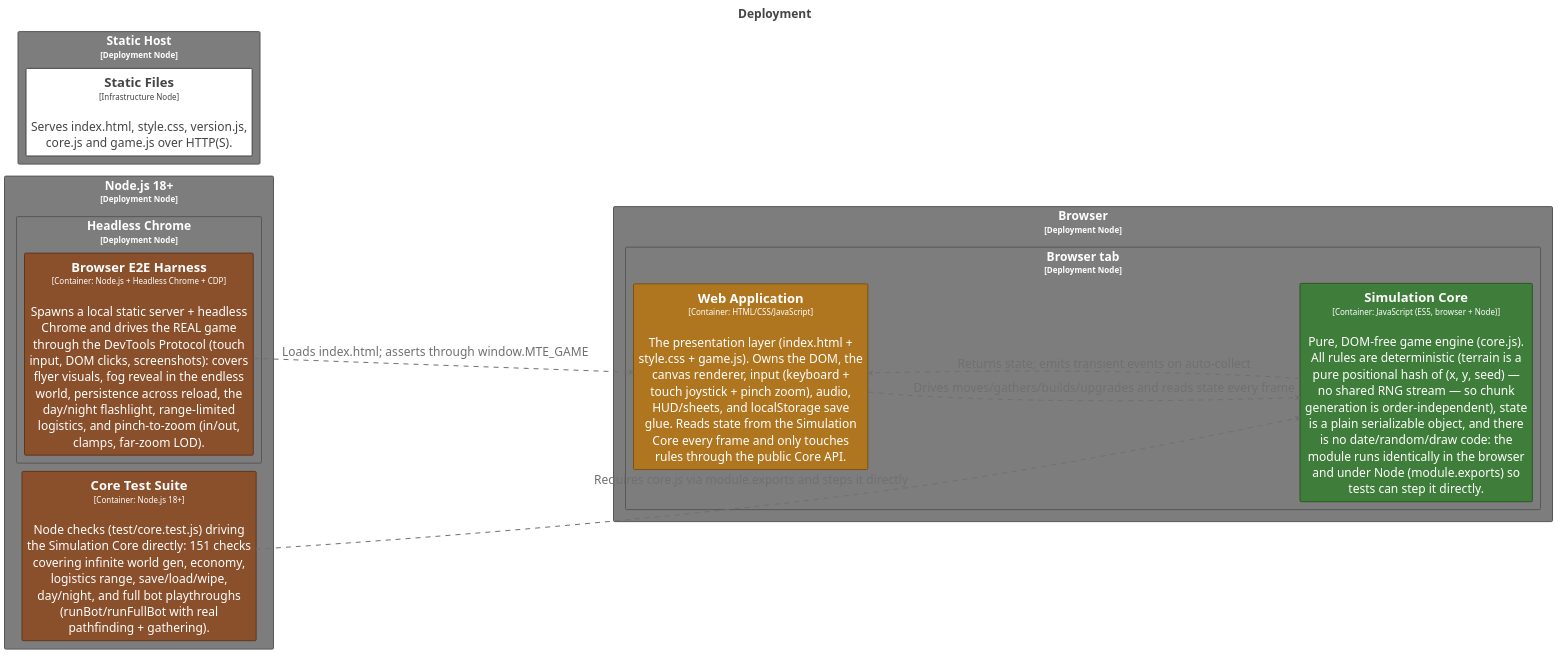
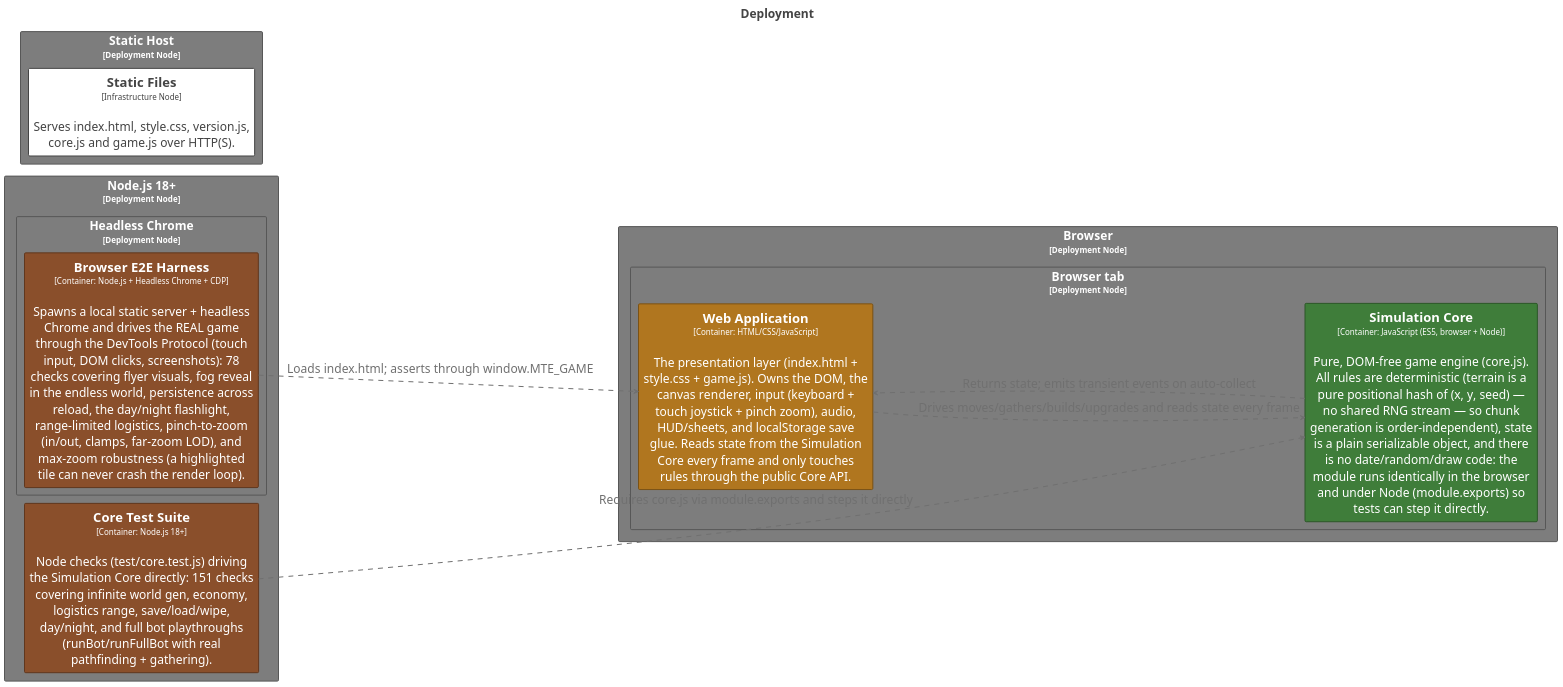
The diagram in structurizr/diagrams/Deployment.puml (bitkojine/more-than-enough), drawn with PlantUML before and after one commit. The commit also changed 9 other files, not shown here.

```diff
--- a/structurizr/diagrams/Deployment.puml
+++ b/structurizr/diagrams/Deployment.puml
@@ -2,110 +2,110 @@
 @startuml
 title <size:24>Deployment</size>
 
 set separator none
 left to right direction
 skinparam ranksep 20
 skinparam nodesep 5
 hide stereotype
 
 <style>
   root {
     BackgroundColor: #ffffff;
     FontColor: #444444;
   }
   // Element
   .Element-RWxlbWVudA== {
     BackgroundColor: #ffffff;
     LineColor: #444444;
     LineStyle: 0;
     LineThickness: 2;
     FontColor: #444444;
     FontSize: 24;
     HorizontalAlignment: center;
     Shadowing: 0;
     MaximumWidth: 450;
   }
   // Element,Container,Core Engine
   .Element-RWxlbWVudCxDb250YWluZXIsQ29yZSBFbmdpbmU= {
     BackgroundColor: #3f7d3a;
     LineColor: #2c5728;
     LineStyle: 0;
     LineThickness: 2;
     FontColor: #ffffff;
     FontSize: 24;
     HorizontalAlignment: center;
     Shadowing: 0;
     MaximumWidth: 450;
   }
   // Element,Container,Presentation
   .Element-RWxlbWVudCxDb250YWluZXIsUHJlc2VudGF0aW9u {
     BackgroundColor: #b0761f;
     LineColor: #7b5215;
     LineStyle: 0;
     LineThickness: 2;
     FontColor: #ffffff;
     FontSize: 24;
     HorizontalAlignment: center;
     Shadowing: 0;
     MaximumWidth: 450;
   }
   // Element,Container,Tooling,Test
   .Element-RWxlbWVudCxDb250YWluZXIsVG9vbGluZyxUZXN0 {
     BackgroundColor: #8a4f2b;
     LineColor: #60371e;
     LineStyle: 0;
     LineThickness: 2;
     FontColor: #ffffff;
     FontSize: 24;
     HorizontalAlignment: center;
     Shadowing: 0;
     MaximumWidth: 450;
   }
   // Relationship
   .Relationship-UmVsYXRpb25zaGlw {
     LineThickness: 2;
     LineStyle: 10-10;
     LineColor: #707070;
     FontColor: #707070;
     FontSize: 24;
     MaximumWidth: 200;
   }
   // Element,Deployment Node
   .DeploymentNode-RWxlbWVudCxEZXBsb3ltZW50IE5vZGU= {
     BackgroundColor: #7d7d7d;
     LineColor: #575757;
     LineStyle: 0;
     LineThickness: 2;
     FontColor: #ffffff;
     FontSize: 24;
     HorizontalAlignment: center;
     Shadowing: 0;
   }
 </style>
 
 rectangle "Browser\n<size:16>[Deployment Node]</size>" <<DeploymentNode-RWxlbWVudCxEZXBsb3ltZW50IE5vZGU=>> as LocalDevelopment.Browser {
   rectangle "Browser tab\n<size:16>[Deployment Node]</size>" <<DeploymentNode-RWxlbWVudCxEZXBsb3ltZW50IE5vZGU=>> as LocalDevelopment.Browser.Browsertab {
     rectangle "==Web Application\n<size:16>[Container: HTML/CSS/JavaScript]</size>\n\nThe presentation layer (index.html + style.css + game.js). Owns the DOM, the canvas renderer, input (keyboard + touch joystick + pinch zoom), audio, HUD/sheets, and localStorage save glue. Reads state from the Simulation Core every frame and only touches rules through the public Core API." <<Element-RWxlbWVudCxDb250YWluZXIsUHJlc2VudGF0aW9u>> as LocalDevelopment.Browser.Browsertab.WebApplication_1
     rectangle "==Simulation Core\n<size:16>[Container: JavaScript (ES5, browser + Node)]</size>\n\nPure, DOM-free game engine (core.js). All rules are deterministic (terrain is a pure positional hash of (x, y, seed) — no shared RNG stream — so chunk generation is order-independent), state is a plain serializable object, and there is no date/random/draw code: the module runs identically in the browser and under Node (module.exports) so tests can step it directly." <<Element-RWxlbWVudCxDb250YWluZXIsQ29yZSBFbmdpbmU=>> as LocalDevelopment.Browser.Browsertab.SimulationCore_1
   }
 
 }
 
 rectangle "Static Host\n<size:16>[Deployment Node]</size>" <<DeploymentNode-RWxlbWVudCxEZXBsb3ltZW50IE5vZGU=>> as LocalDevelopment.StaticHost {
   rectangle "==Static Files\n<size:16>[Infrastructure Node]</size>\n\nServes index.html, style.css, version.js, core.js and game.js over HTTP(S)." <<Element-RWxlbWVudA==>> as LocalDevelopment.StaticHost.StaticFiles
 }
 
 rectangle "Node.js 18+\n<size:16>[Deployment Node]</size>" <<DeploymentNode-RWxlbWVudCxEZXBsb3ltZW50IE5vZGU=>> as LocalDevelopment.Nodejs18 {
   rectangle "==Core Test Suite\n<size:16>[Container: Node.js 18+]</size>\n\nNode checks (test/core.test.js) driving the Simulation Core directly: 151 checks covering infinite world gen, economy, logistics range, save/load/wipe, day/night, and full bot playthroughs (runBot/runFullBot with real pathfinding + gathering)." <<Element-RWxlbWVudCxDb250YWluZXIsVG9vbGluZyxUZXN0>> as LocalDevelopment.Nodejs18.CoreTestSuite_1
   rectangle "Headless Chrome\n<size:16>[Deployment Node]</size>" <<DeploymentNode-RWxlbWVudCxEZXBsb3ltZW50IE5vZGU=>> as LocalDevelopment.Nodejs18.HeadlessChrome {
-    rectangle "==Browser E2E Harness\n<size:16>[Container: Node.js + Headless Chrome + CDP]</size>\n\nSpawns a local static server + headless Chrome and drives the REAL game through the DevTools Protocol (touch input, DOM clicks, screenshots): covers flyer visuals, fog reveal in the endless world, persistence across reload, the day/night flashlight, range-limited logistics, and pinch-to-zoom (in/out, clamps, far-zoom LOD)." <<Element-RWxlbWVudCxDb250YWluZXIsVG9vbGluZyxUZXN0>> as LocalDevelopment.Nodejs18.HeadlessChrome.BrowserE2EHarness_1
+    rectangle "==Browser E2E Harness\n<size:16>[Container: Node.js + Headless Chrome + CDP]</size>\n\nSpawns a local static server + headless Chrome and drives the REAL game through the DevTools Protocol (touch input, DOM clicks, screenshots): 78 checks covering flyer visuals, fog reveal in the endless world, persistence across reload, the day/night flashlight, range-limited logistics, pinch-to-zoom (in/out, clamps, far-zoom LOD), and max-zoom robustness (a highlighted tile can never crash the render loop)." <<Element-RWxlbWVudCxDb250YWluZXIsVG9vbGluZyxUZXN0>> as LocalDevelopment.Nodejs18.HeadlessChrome.BrowserE2EHarness_1
   }
 
 }
 
 LocalDevelopment.Browser.Browsertab.SimulationCore_1 --> LocalDevelopment.Browser.Browsertab.WebApplication_1 <<Relationship-UmVsYXRpb25zaGlw>> : "Returns state; emits transient events on auto-collect"
 LocalDevelopment.Browser.Browsertab.WebApplication_1 --> LocalDevelopment.Browser.Browsertab.SimulationCore_1 <<Relationship-UmVsYXRpb25zaGlw>> : "Drives moves/gathers/builds/upgrades and reads state every frame"
 LocalDevelopment.Nodejs18.CoreTestSuite_1 --> LocalDevelopment.Browser.Browsertab.SimulationCore_1 <<Relationship-UmVsYXRpb25zaGlw>> : "Requires core.js via module.exports and steps it directly"
 LocalDevelopment.Nodejs18.HeadlessChrome.BrowserE2EHarness_1 --> LocalDevelopment.Browser.Browsertab.WebApplication_1 <<Relationship-UmVsYXRpb25zaGlw>> : "Loads index.html; asserts through window.MTE_GAME"
 
 @enduml
```
